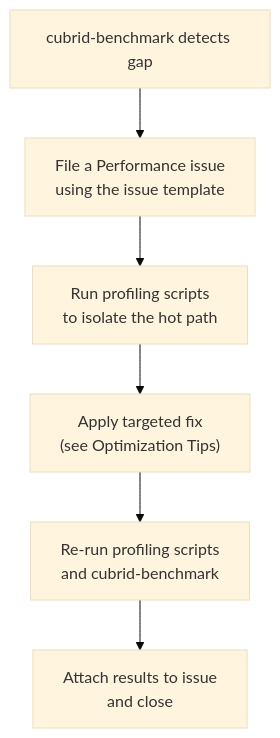
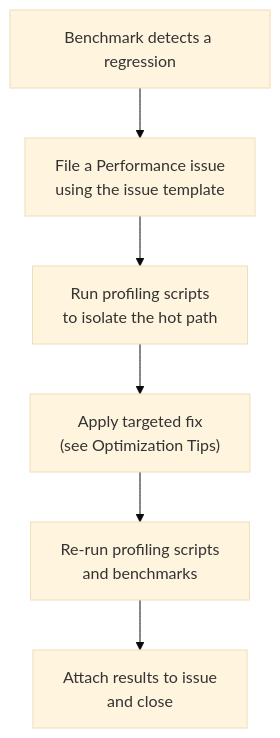
The fourth of 4 diagrams in docs/PERFORMANCE.md (cubrid-lab/pycubrid), drawn with Mermaid (base theme) before and after one commit. The commit also changed other lines of this file and 8 other files, not shown here.

First line of the commit message:
docs(performance): focus the guide on pycubrid on CUBRID and mark historical numbers (#802)

````diff
--- a/docs/PERFORMANCE.md
+++ b/docs/PERFORMANCE.md
@@ -105,8 +273,8 @@
 ```mermaid
 flowchart TD
-    Detect[cubrid-benchmark detects gap] --> Issue[File a Performance issue\nusing the issue template]
+    Detect[Benchmark detects a regression] --> Issue[File a Performance issue\nusing the issue template]
     Issue --> Profile[Run profiling scripts\nto isolate the hot path]
     Profile --> Optimize["Apply targeted fix\n(see Optimization Tips)"]
-    Optimize --> Verify[Re-run profiling scripts\nand cubrid-benchmark]
+    Optimize --> Verify[Re-run profiling scripts\nand benchmarks]
     Verify --> Close[Attach results to issue\nand close]
 ```
````
